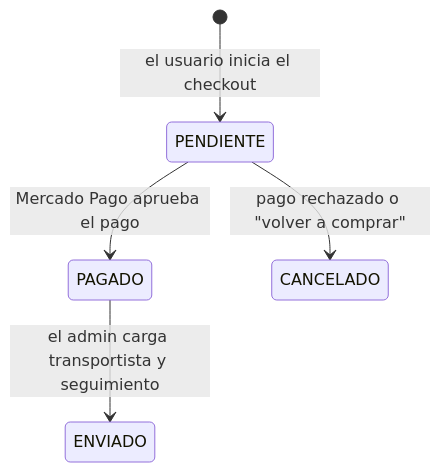
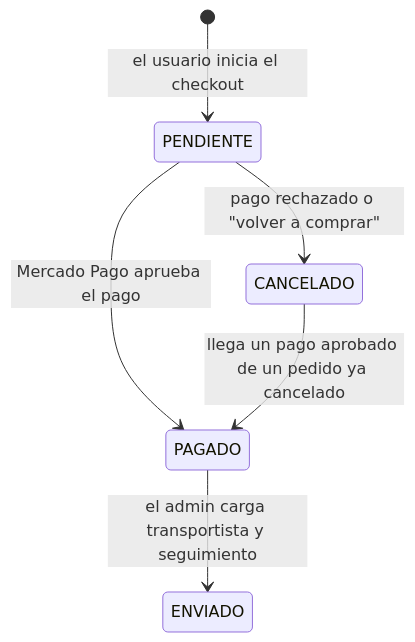
The second of 2 diagrams in docs/modelo-de-datos.md (HotCode2025/Codigo-Critico-Proyecto-Integrador-Ecommerce-Cuarto-Semestre), drawn with Mermaid before and after one commit. The commit also changed 3 other files, not shown here.

Commit message:
Procesar el pago aprobado de un pedido que ya estaba cancelado

````diff
--- a/docs/modelo-de-datos.md
+++ b/docs/modelo-de-datos.md
@@ -98,7 +98,8 @@
 ```mermaid
 stateDiagram-v2
     [*] --> PENDIENTE: el usuario inicia el checkout
     PENDIENTE --> PAGADO: Mercado Pago aprueba el pago
     PENDIENTE --> CANCELADO: pago rechazado o "volver a comprar"
+    CANCELADO --> PAGADO: llega un pago aprobado de un pedido ya cancelado
     PAGADO --> ENVIADO: el admin carga transportista y seguimiento
 ```
````
